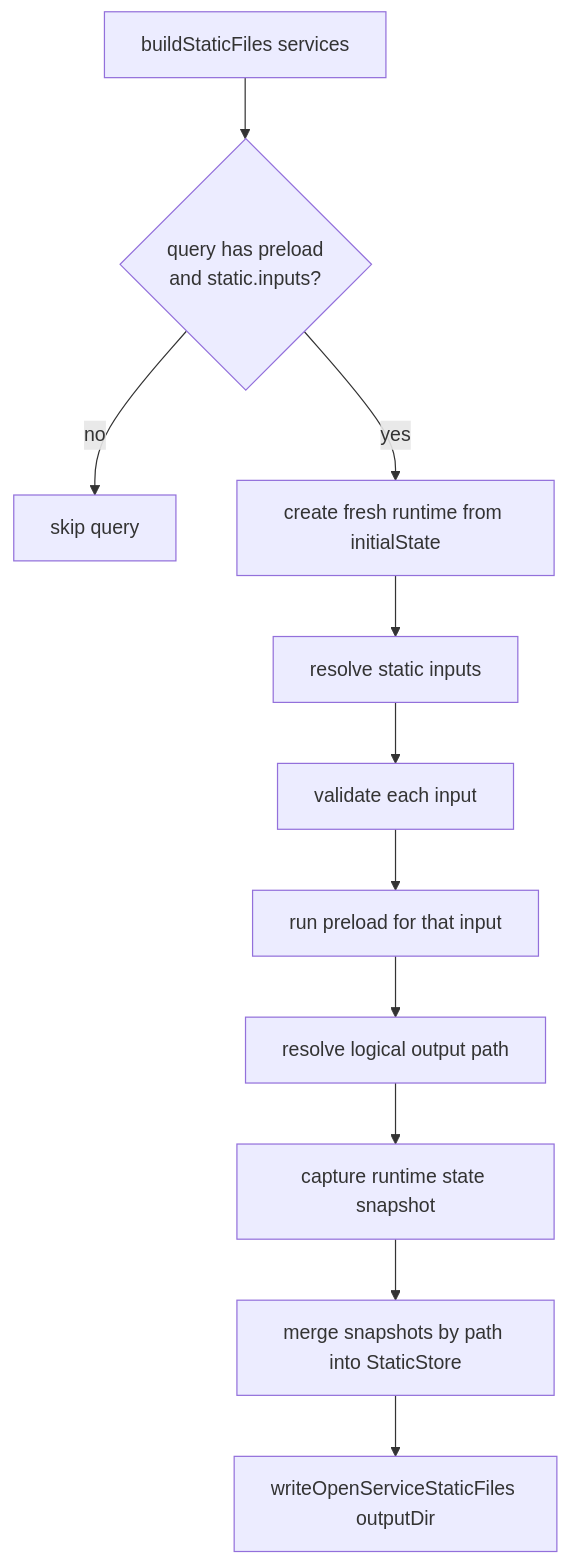
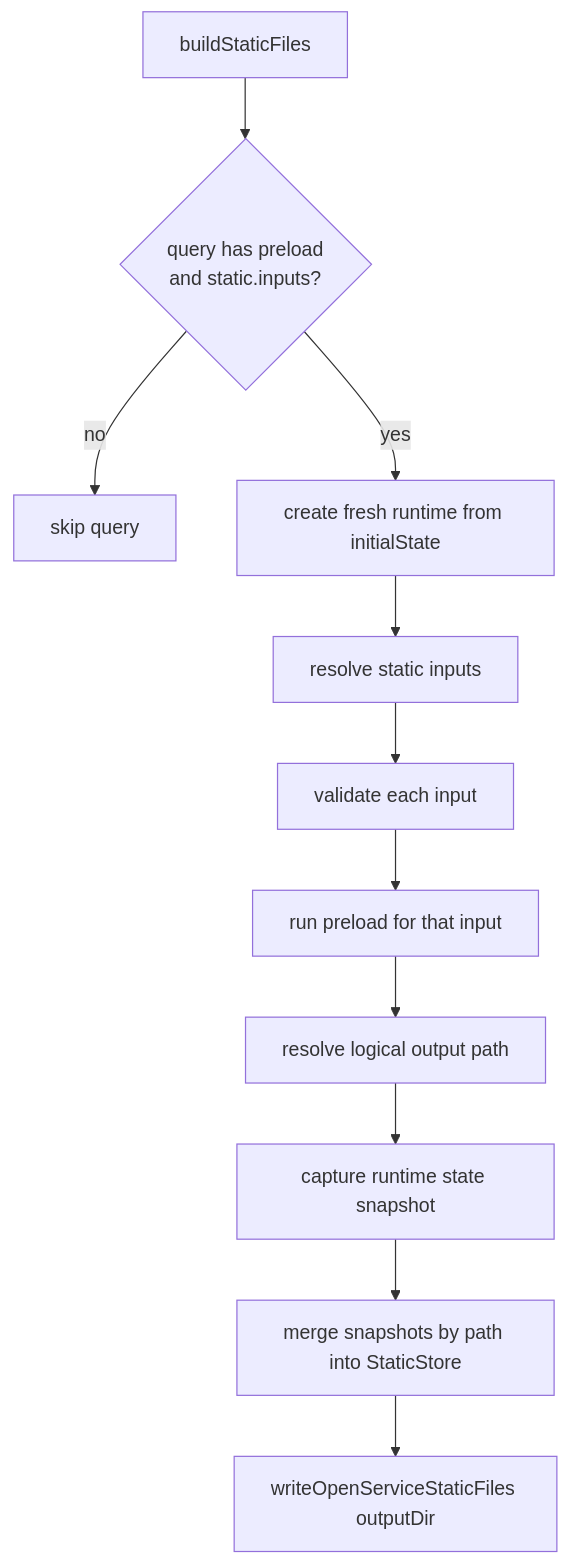
Before and after one commit to storybookjs/storybook: the fourth of 4 diagrams in code/core/src/shared/open-service/README.md, drawn with Mermaid. The commit also changed other lines of this file and 14 other files, not shown here.

````diff
--- a/code/core/src/shared/open-service/README.md
+++ b/code/core/src/shared/open-service/README.md
@@ -270,13 +290,13 @@
 ```mermaid
 flowchart TD
-  A[buildStaticFiles services] --> B{query has preload\nand static.inputs?}
+  A[buildStaticFiles] --> B{query has preload\nand static.inputs?}
   B -- no --> C[skip query]
   B -- yes --> D[create fresh runtime from initialState]
   D --> E[resolve static inputs]
   E --> F[validate each input]
   F --> G[run preload for that input]
   G --> H[resolve logical output path]
   H --> I[capture runtime state snapshot]
   I --> J[merge snapshots by path into StaticStore]
   J --> K[writeOpenServiceStaticFiles outputDir]
 ```
````
